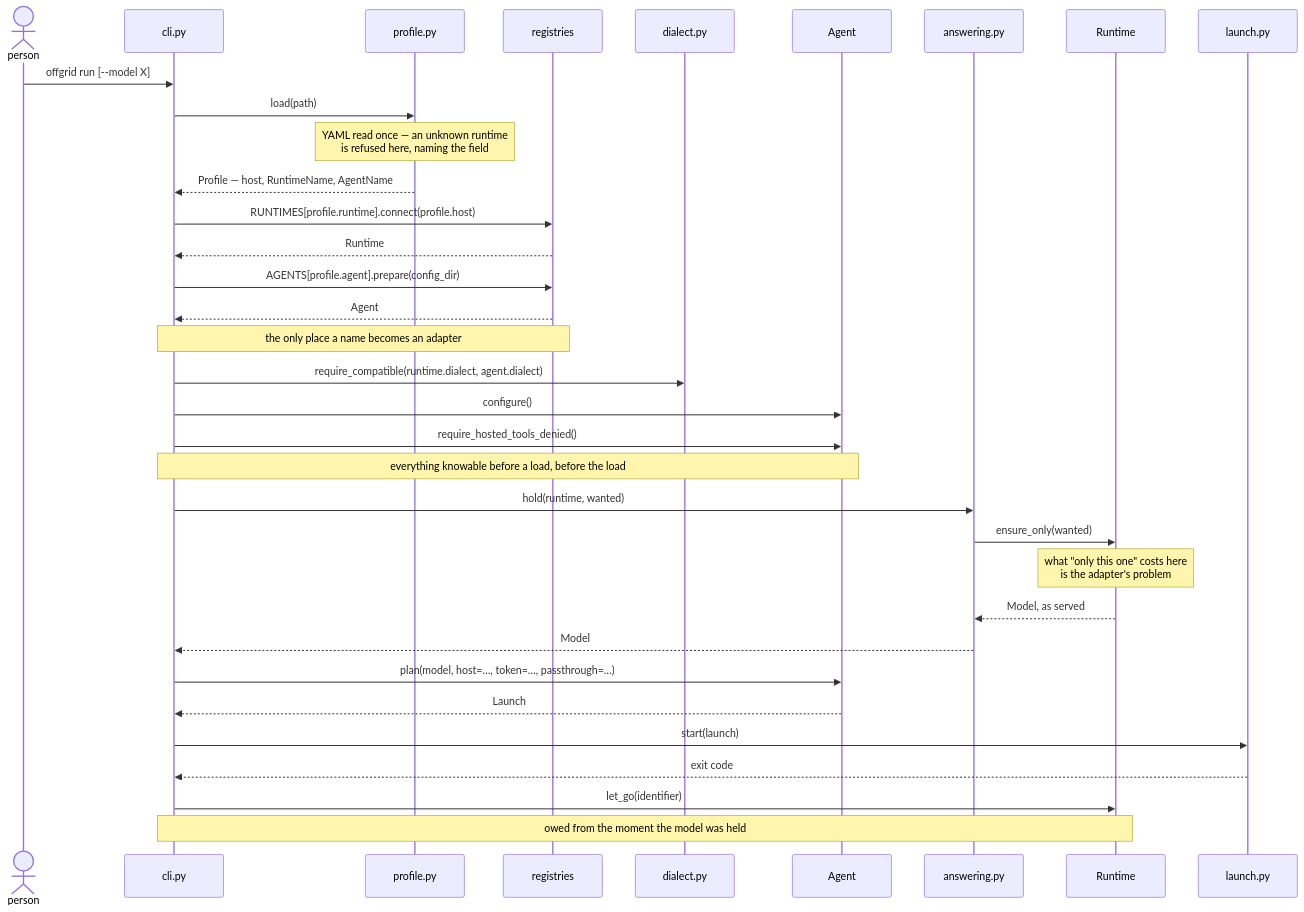
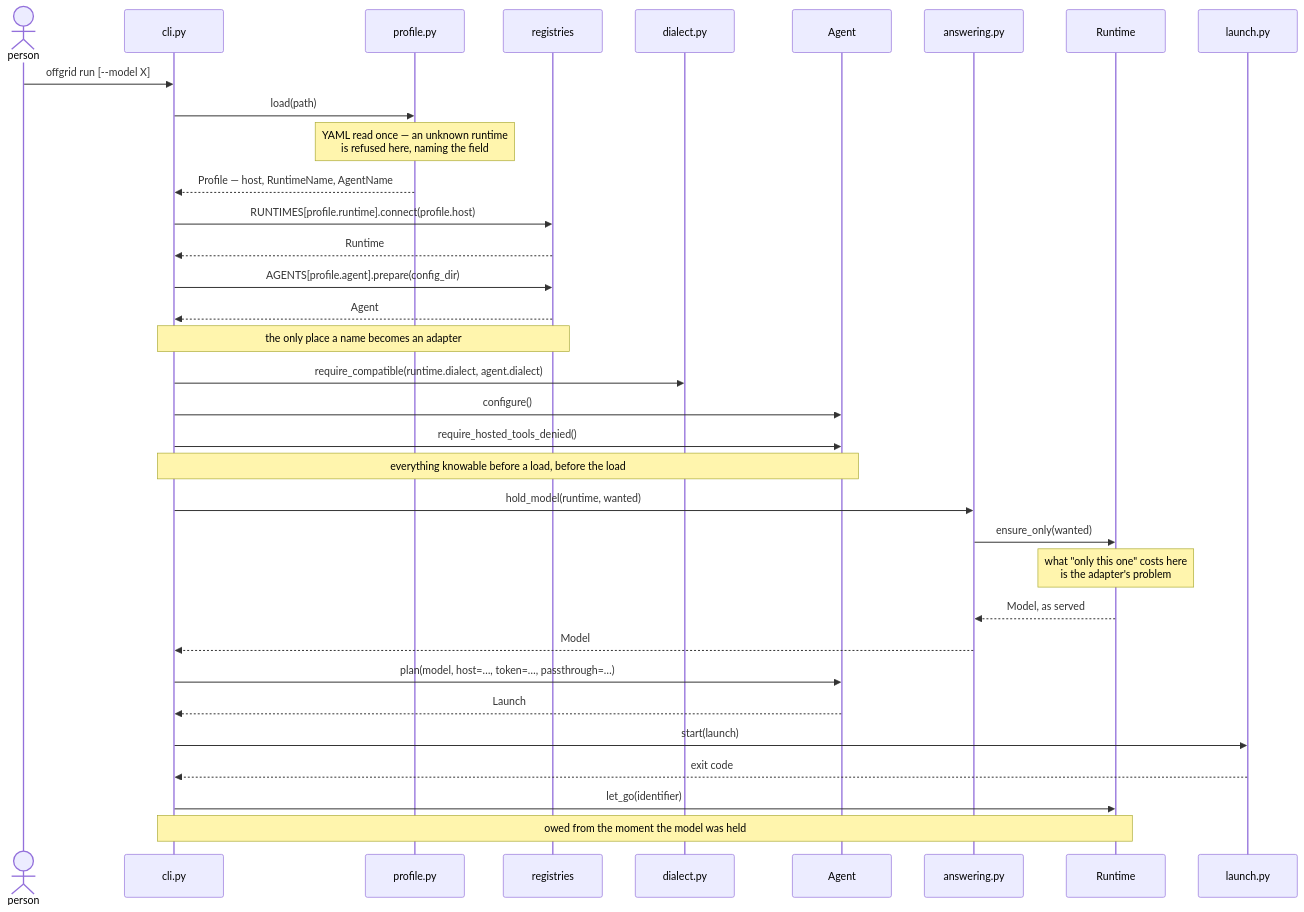
The fourth of 4 diagrams in docs/architecture.md (pvardanis/offgrid), drawn with Mermaid before and after one commit. The commit also changed other lines of this file and 1 other file, not shown here.

Commit message:
docs: follow the functions to their new names
Prose and both run diagrams named `hold` and `get_resident`, and records
what the pair is called now say why it carries the object as well.

````diff
--- a/docs/architecture.md
+++ b/docs/architecture.md
@@ -521,37 +521,37 @@
 ```mermaid
 sequenceDiagram
     actor P as person
     participant C as cli.py
     participant F as profile.py
     participant G as registries
     participant D as dialect.py
     participant A as Agent
     participant H as answering.py
     participant R as Runtime
     participant L as launch.py
 
     P->>C: offgrid run [--model X]
     C->>F: load(path)
     Note over F: YAML read once — an unknown runtime<br/>is refused here, naming the field
     F-->>C: Profile — host, RuntimeName, AgentName
     C->>G: RUNTIMES[profile.runtime].connect(profile.host)
     G-->>C: Runtime
     C->>G: AGENTS[profile.agent].prepare(config_dir)
     G-->>C: Agent
     Note over C,G: the only place a name becomes an adapter
     C->>D: require_compatible(runtime.dialect, agent.dialect)
     C->>A: configure()
     C->>A: require_hosted_tools_denied()
     Note over C,A: everything knowable before a load, before the load
-    C->>H: hold(runtime, wanted)
+    C->>H: hold_model(runtime, wanted)
     H->>R: ensure_only(wanted)
     Note over R: what "only this one" costs here<br/>is the adapter's problem
     R-->>H: Model, as served
     H-->>C: Model
     C->>A: plan(model, host=…, token=…, passthrough=…)
     A-->>C: Launch
     C->>L: start(launch)
     L-->>C: exit code
     C->>R: let_go(identifier)
     Note over C,R: owed from the moment the model was held
 ```
````
